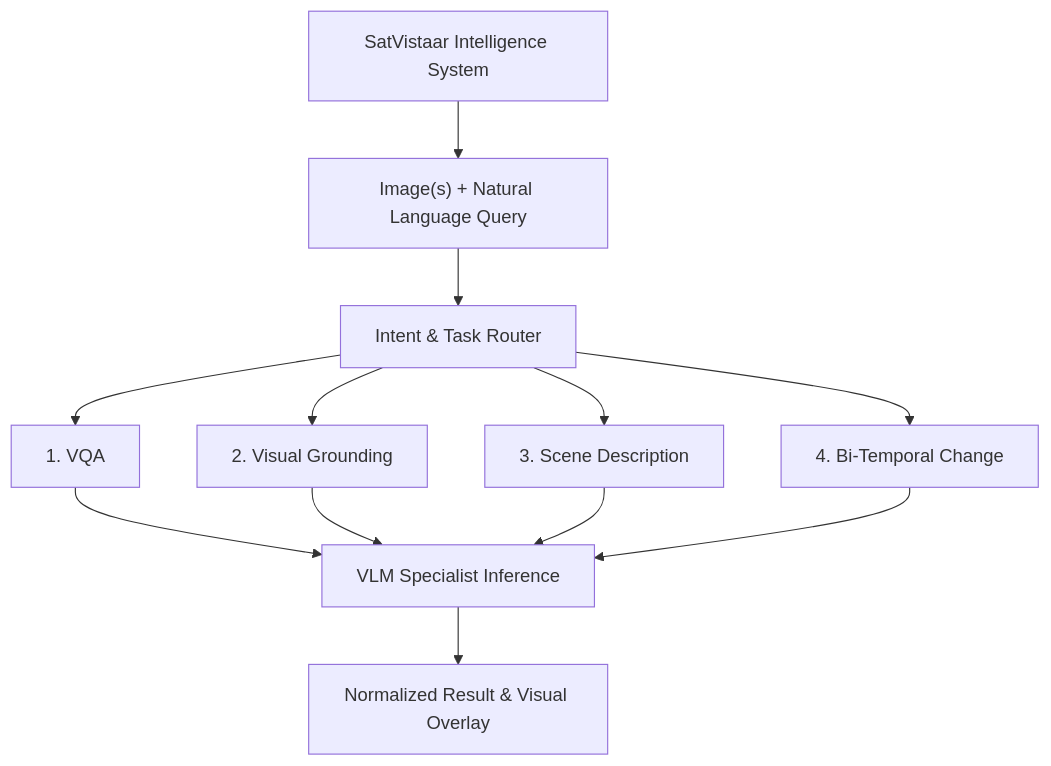
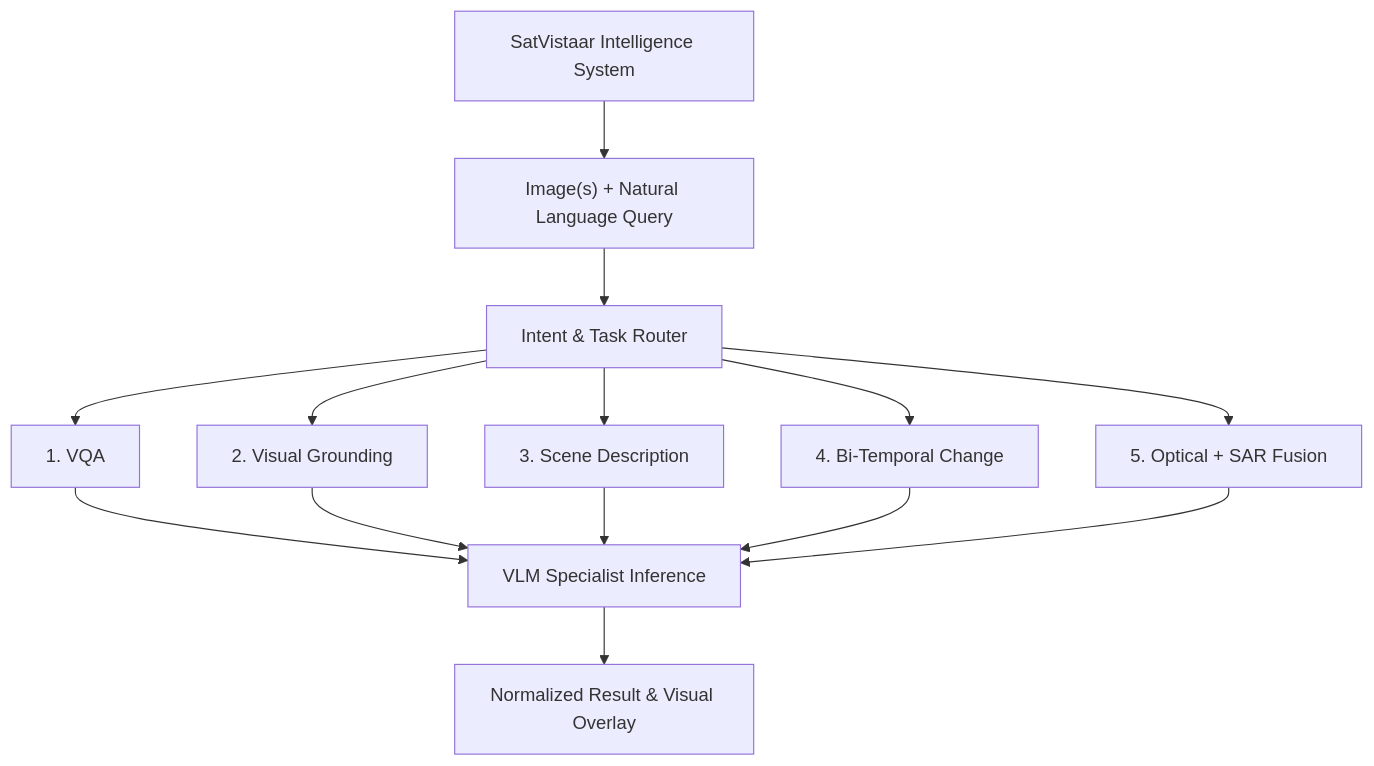
Before and after one commit to KrxnTech/SatVistaar-SIH: the fourth of 5 diagrams in README.md, drawn with Mermaid. The commit also changed other lines of this file, not shown here.

````diff
--- a/README.md
+++ b/README.md
@@ -166,17 +181,20 @@
 ```mermaid
 flowchart TD
     Root["SatVistaar Intelligence System"] --> Input["Image(s) + Natural Language Query"]
     Input --> Router["Intent & Task Router"]
 
     Router --> M1["1. VQA"]
     Router --> M2["2. Visual Grounding"]
     Router --> M3["3. Scene Description"]
     Router --> M4["4. Bi-Temporal Change"]
+    Router --> M5["5. Optical + SAR Fusion"]
 
     M1 --> VLM["VLM Specialist Inference"]
     M2 --> VLM
     M3 --> VLM
     M4 --> VLM
+    M5 --> VLM
 
     VLM --> Output["Normalized Result & Visual Overlay"]
+
 ```
````
